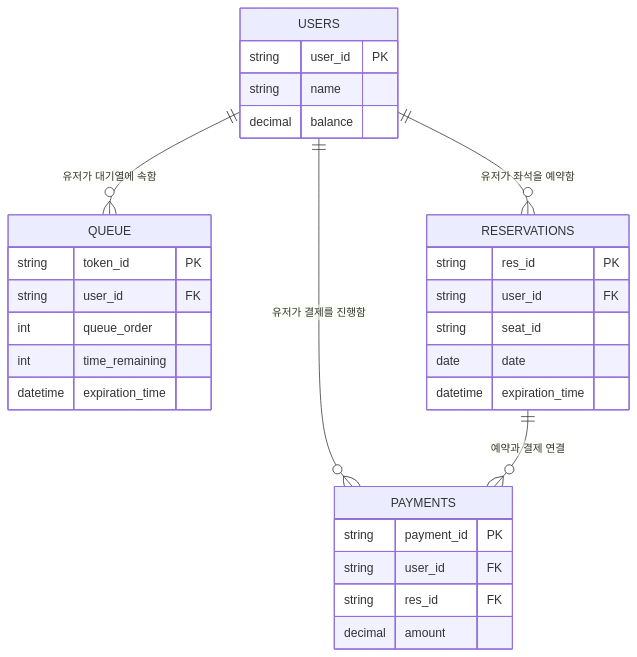
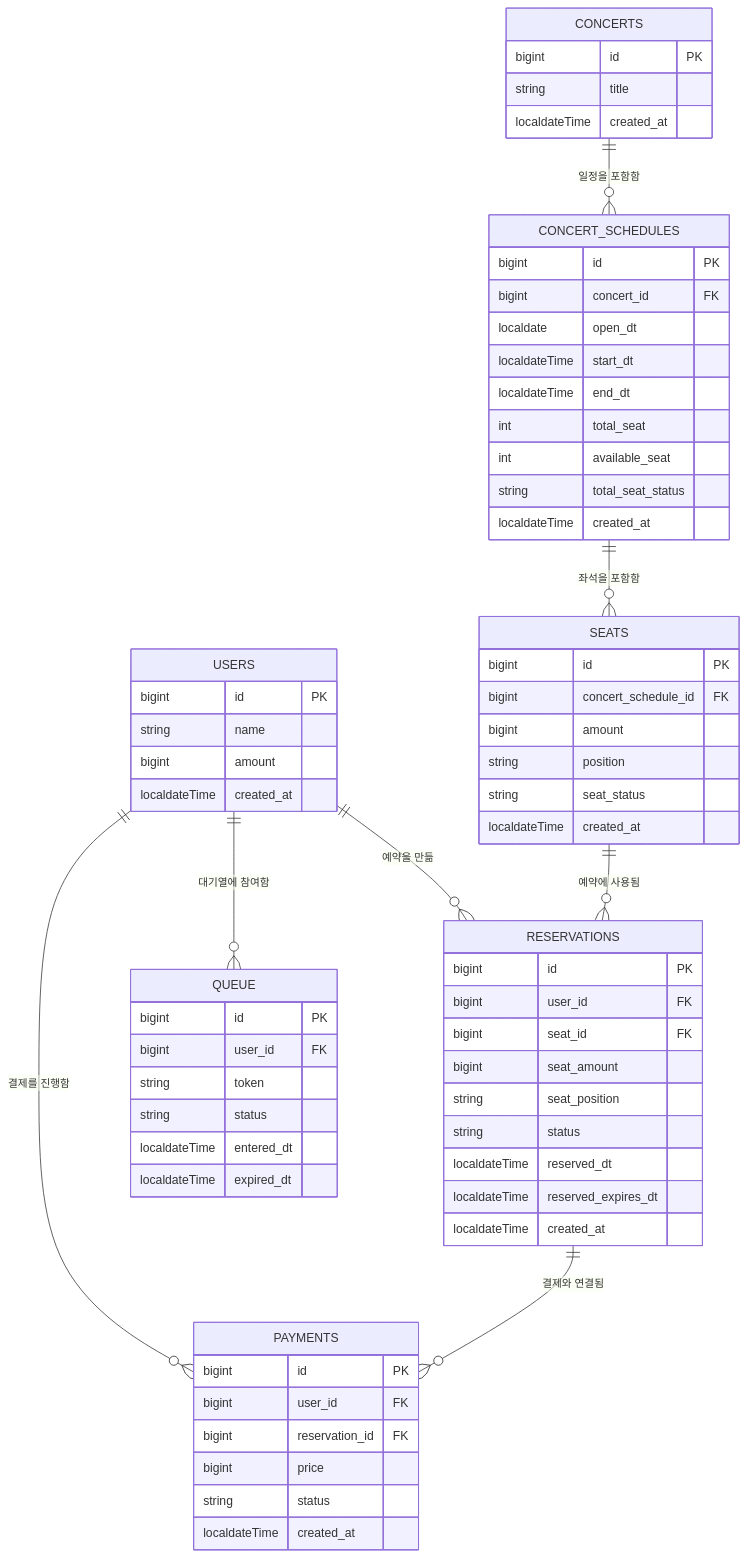
The diagram in hhplus-concert/src/docs/erd.md (JEONGBEOMKO/hhplus-concert), drawn with Mermaid before and after one commit. The commit also changed other lines of this file, not shown here.

First line of the commit message:
REF: ERD 수정

````diff
--- a/hhplus-concert/src/docs/erd.md
+++ b/hhplus-concert/src/docs/erd.md
@@ -1,41 +1,83 @@
 ```mermaid
 erDiagram
-    %% Users 테이블: 사용자 정보 및 잔액 관리
+%% Users 테이블: 사용자 정보 및 잔액 관리
     USERS {
-      string user_id PK
-      string name
-      decimal balance
+        bigint id PK
+        string name
+        bigint amount
+        localdateTime created_at
     }
 
-    %% Queue 테이블: 유저의 대기열 관리
-    QUEUE {
-      string token_id PK
-      string user_id FK
-      int queue_order
-      int time_remaining
-      datetime expiration_time
+%% Concerts 테이블: 콘서트 정보 관리
+    CONCERTS {
+        bigint id PK
+        string title
+        localdateTime created_at
     }
 
-    %% Reservations 테이블: 유저가 예약한 좌석과 날짜 정보 관리
-    RESERVATIONS {
-      string res_id PK
-      string user_id FK
-      string seat_id
-      date date
-      datetime expiration_time
+%% Concert Schedules 테이블: 콘서트 일정 정보 관리
+    CONCERT_SCHEDULES {
+        bigint id PK
+        bigint concert_id FK
+        localdate open_dt
+        localdateTime start_dt
+        localdateTime end_dt
+        int total_seat
+        int available_seat
+        string total_seat_status
+        localdateTime created_at
     }
 
-    %% Payments 테이블: 결제 내역 관리
-    PAYMENTS {
-      string payment_id PK
-      string user_id FK
-      string res_id FK
-      decimal amount
+%% Seats 테이블: 콘서트 좌석 정보 관리
+    SEATS {
+        bigint id PK
+        bigint concert_schedule_id FK
+        bigint amount
+        string position
+        string seat_status
+        localdateTime created_at
     }
 
-    %% 테이블 간 관계 설정 (논리적 관계 기반, 실제 FK 제약 없음)
-    USERS ||--o{ QUEUE: "유저가 대기열에 속함"
-    USERS ||--o{ RESERVATIONS: "유저가 좌석을 예약함"
-    USERS ||--o{ PAYMENTS: "유저가 결제를 진행함"
-    RESERVATIONS ||--o{ PAYMENTS: "예약과 결제 연결"
+%% Reservations 테이블: 예약 정보 관리
+    RESERVATIONS {
+        bigint id PK
+        bigint user_id FK
+        bigint seat_id FK
+        bigint seat_amount
+        string seat_position
+        string status
+        localdateTime reserved_dt
+        localdateTime reserved_expires_dt
+        localdateTime created_at
+    }
+
+%% Queue 테이블: 대기열 관리
+    QUEUE {
+        bigint id PK
+        bigint user_id FK
+        string token
+        string status
+        localdateTime entered_dt
+        localdateTime expired_dt
+    }
+
+%% Payments 테이블: 결제 정보 관리
+    PAYMENTS {
+        bigint id PK
+        bigint user_id FK
+        bigint reservation_id FK
+        bigint price
+        string status
+        localdateTime created_at
+    }
+
+%% 테이블 간 관계
+    USERS ||--o{ RESERVATIONS : "예약을 만듦"
+    CONCERTS ||--o{ CONCERT_SCHEDULES : "일정을 포함함"
+    CONCERT_SCHEDULES ||--o{ SEATS : "좌석을 포함함"
+    SEATS ||--o{ RESERVATIONS : "예약에 사용됨"
+    RESERVATIONS ||--o{ PAYMENTS : "결제와 연결됨"
+    USERS ||--o{ QUEUE : "대기열에 참여함"
+    USERS ||--o{ PAYMENTS : "결제를 진행함"
+
 ```
````
